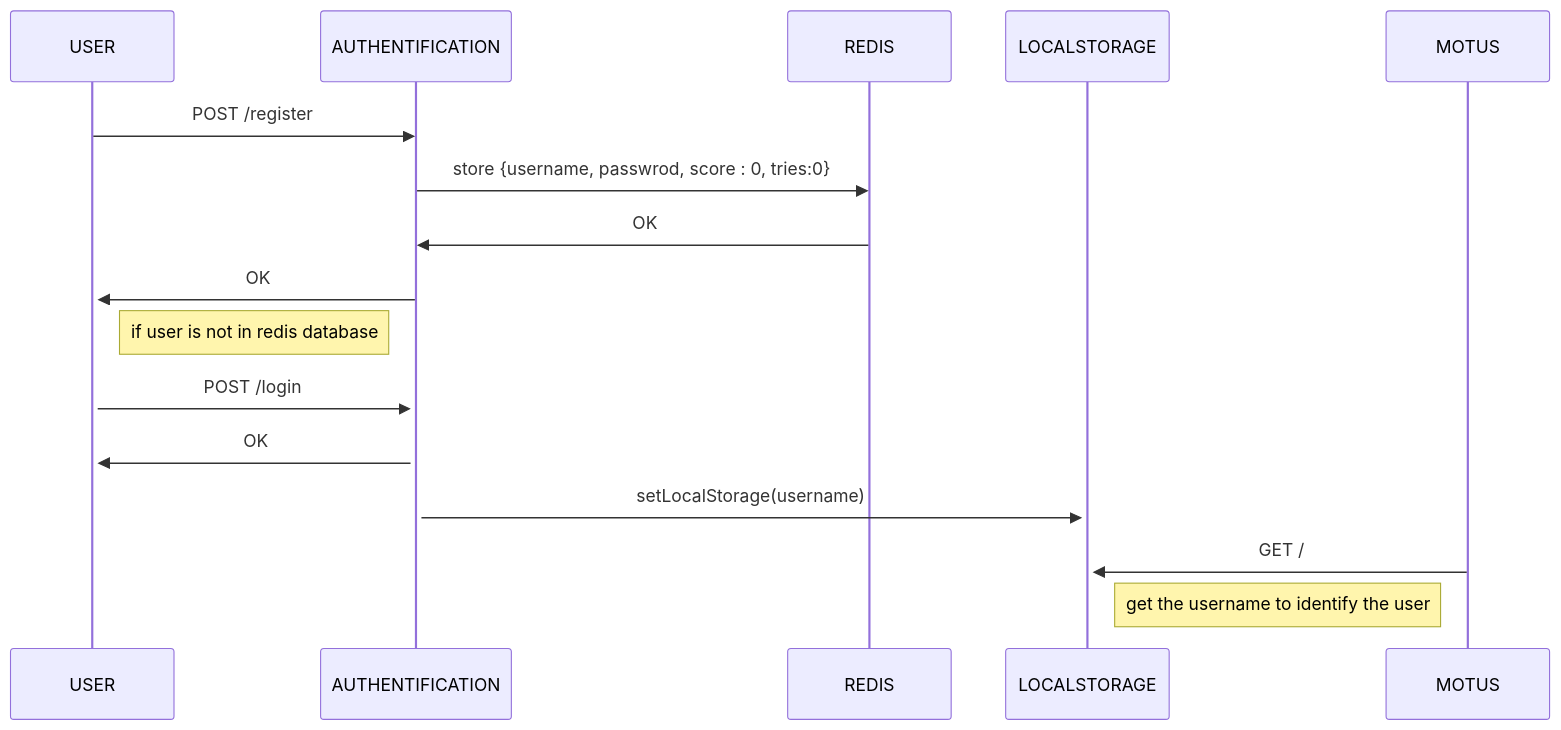
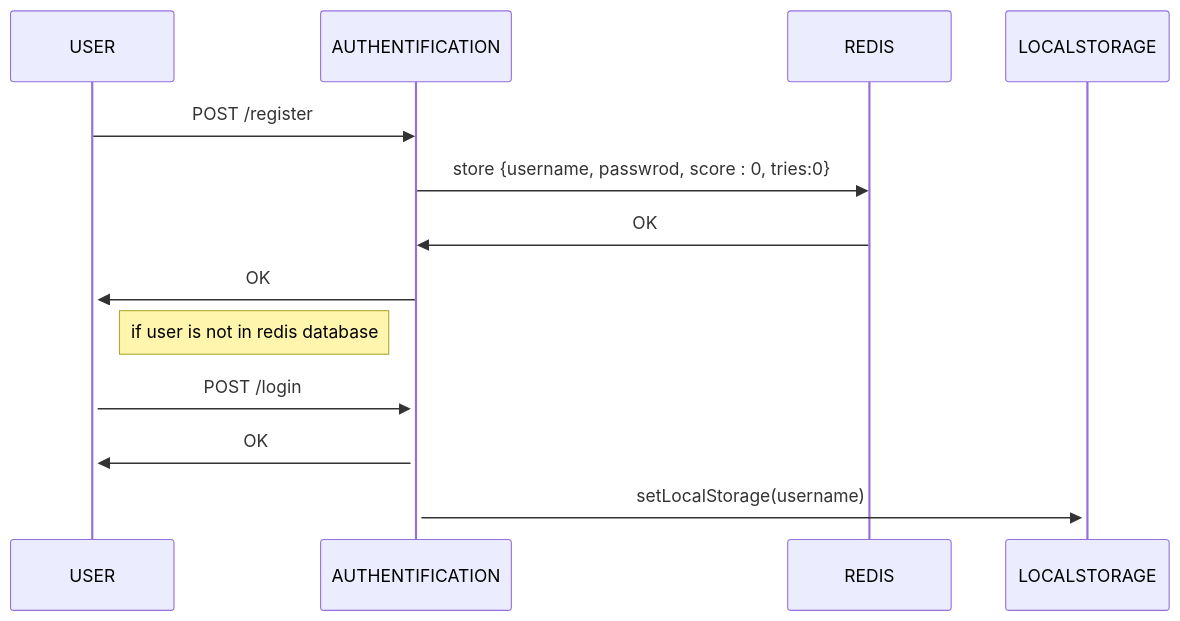
Before and after one commit to essadany/motus: the first of 3 diagrams in README.md, drawn with Mermaid. The commit also changed other lines of this file, not shown here.

````diff
--- a/README.md
+++ b/README.md
@@ -2,13 +2,11 @@
 ```mermaid
 sequenceDiagram
     USER->>AUTHENTIFICATION:POST /register
     AUTHENTIFICATION->>REDIS: store {username, passwrod, score : 0, tries:0}
     REDIS->>AUTHENTIFICATION:OK
     AUTHENTIFICATION->>+USER:OK
     note right of USER : if user is not in redis database
     USER->>+AUTHENTIFICATION: POST /login
     AUTHENTIFICATION->>USER:OK
     AUTHENTIFICATION->>+LOCALSTORAGE : setLocalStorage(username)
-    MOTUS->>+LOCALSTORAGE : GET /
-    note right of LOCALSTORAGE : get the username to identify the user
 ```
````
